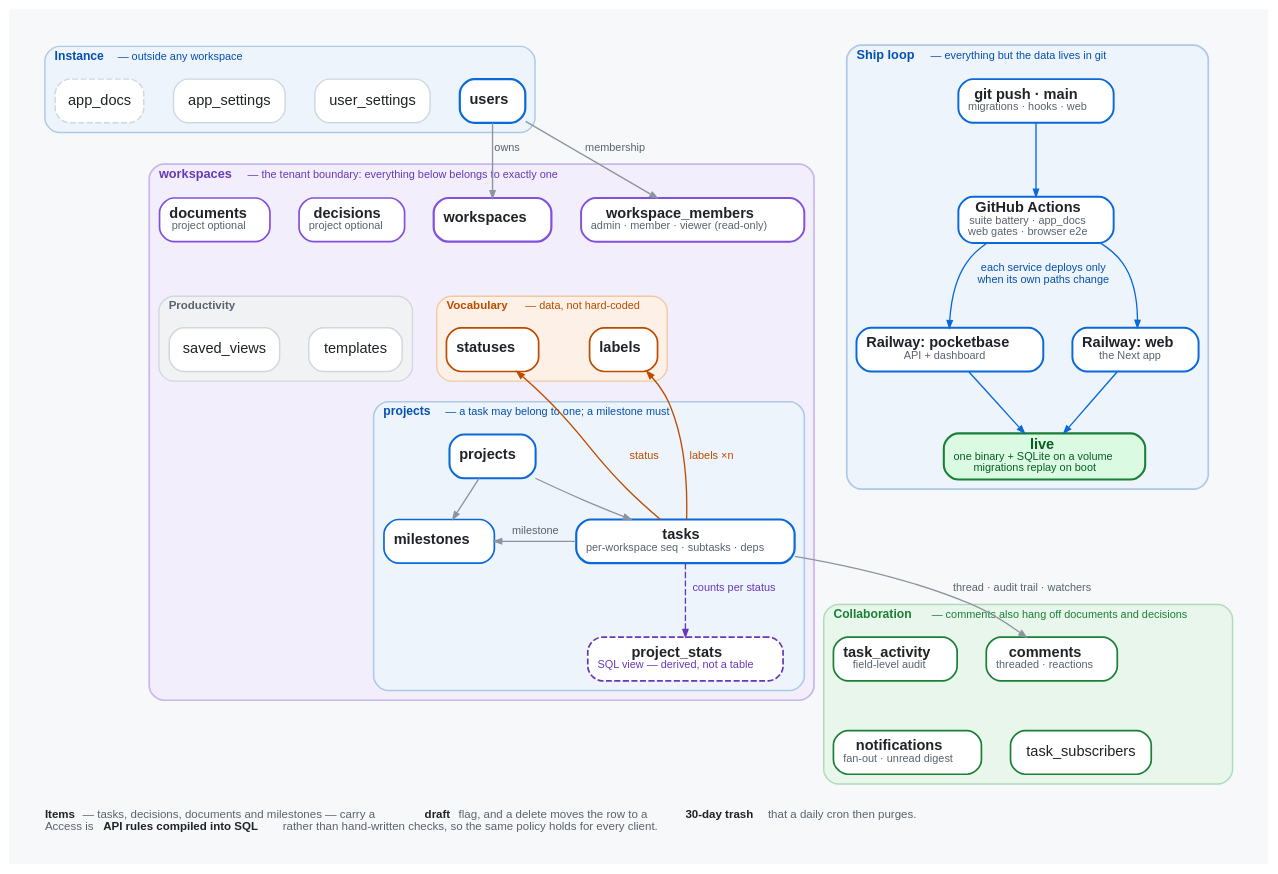
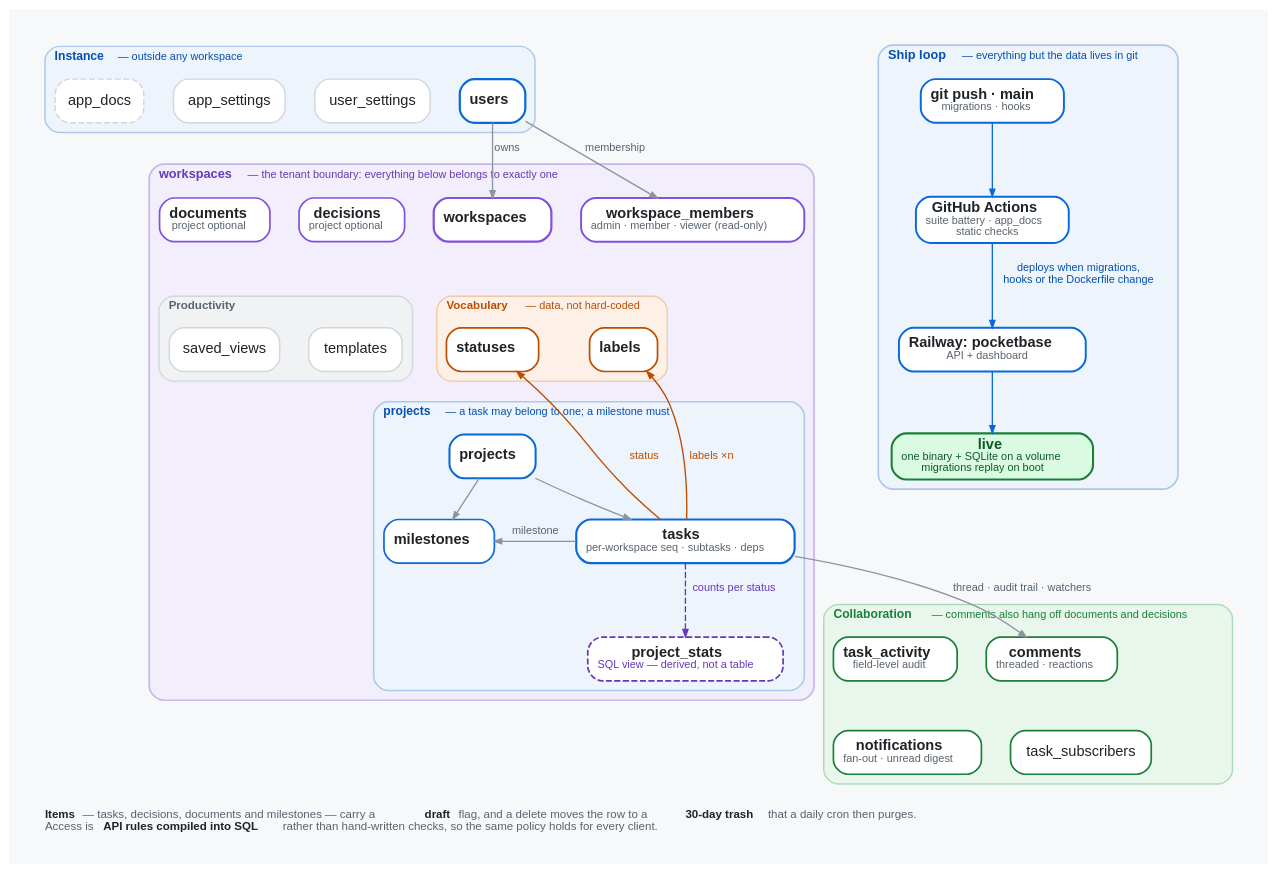
One commit to hsb3/task-manager-backend changed the diagram in docs/assets/overview.dot. Above: the diagram before and after it, drawn with Graphviz. The commit also changed 97 other files, not shown here.

```diff
--- a/docs/assets/overview.dot
+++ b/docs/assets/overview.dot
@@ -1,153 +1,149 @@
 // Source of truth for docs/assets/overview.svg — regenerate, never hand-edit the SVG:
 //   dot -Tsvg docs/assets/overview.dot -o docs/assets/overview.svg
 // Scope is drawn as containment, not as edges: a full 20-collection FK graph is
 // illegible once GitHub scales the image into its ~900px README column, so nesting
 // carries workspace/project scope and only the non-obvious relations get an arrow.
 // Total width is held near 800pt for the same reason — wider means smaller text.
 // Every fill/stroke/fontcolor is explicit and the canvas is opaque, so GitHub renders
 // the SVG identically on its light and dark themes: nothing inherits a page colour.
 digraph overview {
   rankdir=TB
   compound=true
   bgcolor="#f6f8fa"
   pad="0.3"
   nodesep="0.34"
   ranksep="0.45"
   splines=spline
   fontname="Helvetica"
   labelloc="b"
   labeljust="l"
   fontsize="9.5"
   fontcolor="#59636e"
   label=<<BR/><FONT COLOR="#1f2328"><B>Items</B></FONT> — tasks, decisions, documents and milestones — carry a <FONT COLOR="#1f2328"><B>draft</B></FONT> flag, and a delete moves the row to a <FONT COLOR="#1f2328"><B>30-day trash</B></FONT> that a daily cron then purges.<BR ALIGN="LEFT"/>Access is <FONT COLOR="#1f2328"><B>API rules compiled into SQL</B></FONT> rather than hand-written checks, so the same policy holds for every client.<BR ALIGN="LEFT"/>>
 
   node [shape=box style="rounded,filled" fillcolor="#ffffff" color="#d0d7de"
         penwidth="1.2" fontname="Helvetica" fontsize="12" fontcolor="#1f2328"
         margin="0.11,0.06"]
   edge [color="#8c959f" fontname="Helvetica" fontsize="9" fontcolor="#59636e"
         penwidth="1.1" arrowsize="0.6"]
 
   // ═══════════════ component A — the data model ═══════════════
   subgraph cluster_instance {
     style="rounded,filled" fillcolor="#eef4fb" color="#adc9e8" penwidth="1.2"
     labeljust="l" labelloc="t" fontsize="10" fontcolor="#0550ae" fontname="Helvetica"
     label=<<B>Instance</B> <FONT POINT-SIZE="9">— outside any workspace</FONT>>
 
     users [color="#0969da" penwidth="1.8" label=<<B>users</B>>]
     user_settings [label=<user_settings>]
     app_settings [label=<app_settings>]
     app_docs [style="rounded,filled,dashed" label=<app_docs>]
     {rank=same; users; user_settings; app_settings; app_docs}
   }
 
   subgraph cluster_ws {
     style="rounded,filled" fillcolor="#f3eefb" color="#c9b6ea" penwidth="1.4"
     labeljust="l" labelloc="t" fontsize="10.5" fontcolor="#6639ba" fontname="Helvetica"
     label=<<B>workspaces</B> <FONT POINT-SIZE="9">— the tenant boundary: everything below belongs to exactly one</FONT>>
 
     workspaces [color="#8250df" penwidth="1.8" label=<<B>workspaces</B>>]
     workspace_members [color="#8250df" penwidth="1.6"
       label=<<B>workspace_members</B><BR/><FONT POINT-SIZE="9" COLOR="#59636e">admin · member · viewer (read-only)</FONT>>]
 
     decisions [color="#8250df" penwidth="1.4"
       label=<<B>decisions</B><BR/><FONT POINT-SIZE="9" COLOR="#59636e">project optional</FONT>>]
     documents [color="#8250df" penwidth="1.4"
       label=<<B>documents</B><BR/><FONT POINT-SIZE="9" COLOR="#59636e">project optional</FONT>>]
     {rank=same; workspaces; workspace_members; decisions; documents}
 
     subgraph cluster_vocab {
       style="rounded,filled" fillcolor="#fdf1e7" color="#f0c9a4" penwidth="1.1"
       labeljust="l" labelloc="t" fontsize="9.5" fontcolor="#bc4c00" fontname="Helvetica"
       label=<<B>Vocabulary</B> <FONT POINT-SIZE="9">— data, not hard-coded</FONT>>
       statuses [color="#bc4c00" penwidth="1.4" label=<<B>statuses</B>>]
       labels [color="#bc4c00" penwidth="1.4" label=<<B>labels</B>>]
       {rank=same; statuses; labels}
     }
 
     subgraph cluster_prod {
       style="rounded,filled" fillcolor="#f0f2f4" color="#d0d7de" penwidth="1.1"
       labeljust="l" labelloc="t" fontsize="9.5" fontcolor="#59636e" fontname="Helvetica"
       label=<<B>Productivity</B>>
       templates [label=<templates>]
       saved_views [label=<saved_views>]
       {rank=same; templates; saved_views}
     }
 
     subgraph cluster_proj {
       style="rounded,filled" fillcolor="#eef4fb" color="#adc9e8" penwidth="1.3"
       labeljust="l" labelloc="t" fontsize="10" fontcolor="#0550ae" fontname="Helvetica"
       label=<<B>projects</B> <FONT POINT-SIZE="9">— a task may belong to one; a milestone must</FONT>>
 
       projects [color="#0969da" penwidth="1.7" label=<<B>projects</B>>]
       milestones [color="#0969da" penwidth="1.4" label=<<B>milestones</B>>]
       tasks [color="#0969da" penwidth="1.8"
         label=<<B>tasks</B><BR/><FONT POINT-SIZE="9" COLOR="#59636e">per-workspace seq · subtasks · deps</FONT>>]
       project_stats [style="rounded,filled,dashed" color="#6639ba" penwidth="1.4"
         label=<<B>project_stats</B><BR/><FONT POINT-SIZE="9" COLOR="#6639ba">SQL view — derived, not a table</FONT>>]
       {rank=same; tasks; milestones}
     }
   }
 
   subgraph cluster_collab {
     style="rounded,filled" fillcolor="#e9f6ec" color="#addcbb" penwidth="1.2"
     labeljust="l" labelloc="t" fontsize="10" fontcolor="#1a7f37" fontname="Helvetica"
     label=<<B>Collaboration</B> <FONT POINT-SIZE="9">— comments also hang off documents and decisions</FONT>>
 
     comments [color="#1a7f37" penwidth="1.4"
       label=<<B>comments</B><BR/><FONT POINT-SIZE="9" COLOR="#59636e">threaded · reactions</FONT>>]
     task_activity [color="#1a7f37" penwidth="1.4"
       label=<<B>task_activity</B><BR/><FONT POINT-SIZE="9" COLOR="#59636e">field-level audit</FONT>>]
     task_subscribers [color="#1a7f37" penwidth="1.4" label=<task_subscribers>]
     notifications [color="#1a7f37" penwidth="1.4"
       label=<<B>notifications</B><BR/><FONT POINT-SIZE="9" COLOR="#59636e">fan-out · unread digest</FONT>>]
     comments -> task_subscribers [style=invis]
     task_activity -> notifications [style=invis]
     {rank=same; comments; task_activity}
     {rank=same; task_subscribers; notifications}
   }
 
   // only the relations containment cannot state
   // a label on a downward arrow reads as the relationship; on an upward arrow it is
   // the referencing field, so "owns"/"membership" rather than the raw `owner`/`user`
   users -> workspaces [label="owns" weight=10]
   users -> workspace_members [label="membership" weight=4]
   workspaces -> statuses [style=invis weight=4]
   workspace_members -> labels [style=invis weight=4]
   decisions -> templates [style=invis weight=4]
   documents -> saved_views [style=invis weight=4]
   statuses -> projects [style=invis weight=6]
   templates -> projects [style=invis weight=6]
   projects -> tasks [weight=10]
   projects -> milestones [weight=6]
   tasks -> statuses [label="status" color="#bc4c00" fontcolor="#bc4c00" constraint=false]
   tasks -> labels [label="labels ×n" color="#bc4c00" fontcolor="#bc4c00" constraint=false]
   tasks -> milestones [label="milestone" constraint=false]
   tasks -> project_stats [style=dashed color="#6639ba" label="counts per status"
                           fontcolor="#6639ba" weight=4]
   tasks -> comments [label="thread · audit trail · watchers" weight=10]
 
   // ═══════════════ component B — the ship loop ═══════════════
   subgraph cluster_ship {
     style="rounded,filled" fillcolor="#eef4fb" color="#adc9e8" penwidth="1.4"
     labeljust="l" labelloc="t" fontsize="10.5" fontcolor="#0550ae" fontname="Helvetica"
     label=<<B>Ship loop</B> <FONT POINT-SIZE="9">— everything but the data lives in git</FONT>>
 
     push [color="#0969da" penwidth="1.6"
-      label=<<B>git push · main</B><BR/><FONT POINT-SIZE="9" COLOR="#59636e">migrations · hooks · web</FONT>>]
+      label=<<B>git push · main</B><BR/><FONT POINT-SIZE="9" COLOR="#59636e">migrations · hooks</FONT>>]
     ci [color="#0969da" penwidth="1.6"
-      label=<<B>GitHub Actions</B><BR/><FONT POINT-SIZE="9" COLOR="#59636e">suite battery · app_docs</FONT><BR/><FONT POINT-SIZE="9" COLOR="#59636e">web gates · browser e2e</FONT>>]
+      label=<<B>GitHub Actions</B><BR/><FONT POINT-SIZE="9" COLOR="#59636e">suite battery · app_docs</FONT><BR/><FONT POINT-SIZE="9" COLOR="#59636e">static checks</FONT>>]
     svc_pb [color="#0969da" penwidth="1.6"
       label=<<B>Railway: pocketbase</B><BR/><FONT POINT-SIZE="9" COLOR="#59636e">API + dashboard</FONT>>]
-    svc_web [color="#0969da" penwidth="1.6"
-      label=<<B>Railway: web</B><BR/><FONT POINT-SIZE="9" COLOR="#59636e">the Next app</FONT>>]
     live [fillcolor="#dafbe1" color="#1a7f37" penwidth="1.7" fontcolor="#0a5c25"
       label=<<B>live</B><BR/><FONT POINT-SIZE="9" COLOR="#0a5c25">one binary + SQLite on a volume</FONT><BR/><FONT POINT-SIZE="9" COLOR="#0a5c25">migrations replay on boot</FONT>>]
 
     push -> ci [color="#0969da"]
-    ci -> svc_pb [label="each service deploys only\nwhen its own paths change"
+    ci -> svc_pb [label="deploys when migrations,\nhooks or the Dockerfile change"
                   color="#0969da" fontcolor="#0550ae"]
-    ci -> svc_web [color="#0969da"]
     svc_pb -> live [color="#0969da"]
-    svc_web -> live [color="#0969da"]
   }
 }
```
